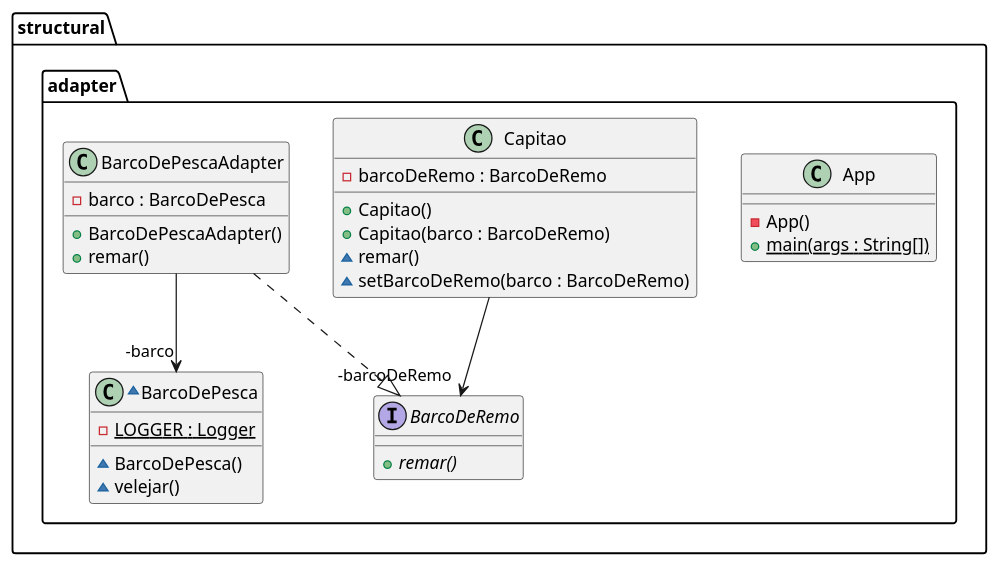
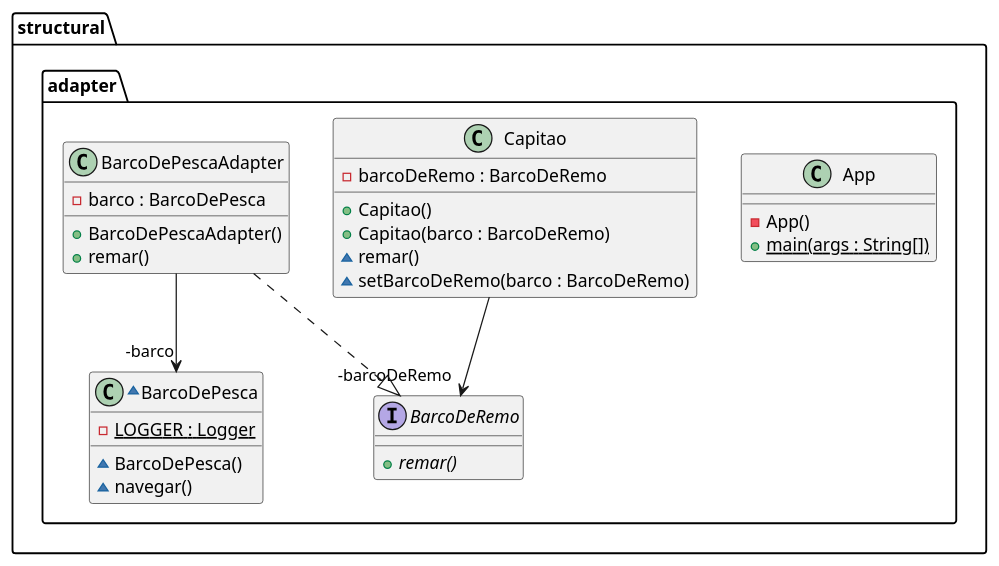
One commit to jeanLuizInsight/design-patterns-java changed the diagram in src/structural/adapter/diagramas/Adapter.puml. Above: the diagram before and after it, drawn with PlantUML. The commit also changed 3 other files, not shown here.

```diff
--- a/src/structural/adapter/diagramas/Adapter.puml
+++ b/src/structural/adapter/diagramas/Adapter.puml
@@ -1,31 +1,31 @@
 @startuml
 package structural.adapter {
   class App {
     - App()
     + main(args : String[]) {static}
   }
   class Capitao {
     - barcoDeRemo : BarcoDeRemo
     + Capitao()
     + Capitao(barco : BarcoDeRemo)
     ~ remar()
     ~ setBarcoDeRemo(barco : BarcoDeRemo)
   }
   ~class BarcoDePesca {
     - LOGGER : Logger {static}
     ~ BarcoDePesca()
-    ~ velejar()
+    ~ navegar()
   }
   class BarcoDePescaAdapter {
     - barco : BarcoDePesca
     + BarcoDePescaAdapter()
     + remar()
   }
   interface BarcoDeRemo {
     + remar() {abstract}
   }
 }
 BarcoDePescaAdapter -->  "-barco" BarcoDePesca
 Capitao -->  "-barcoDeRemo" BarcoDeRemo
 BarcoDePescaAdapter ..|> BarcoDeRemo 
 @enduml
```
